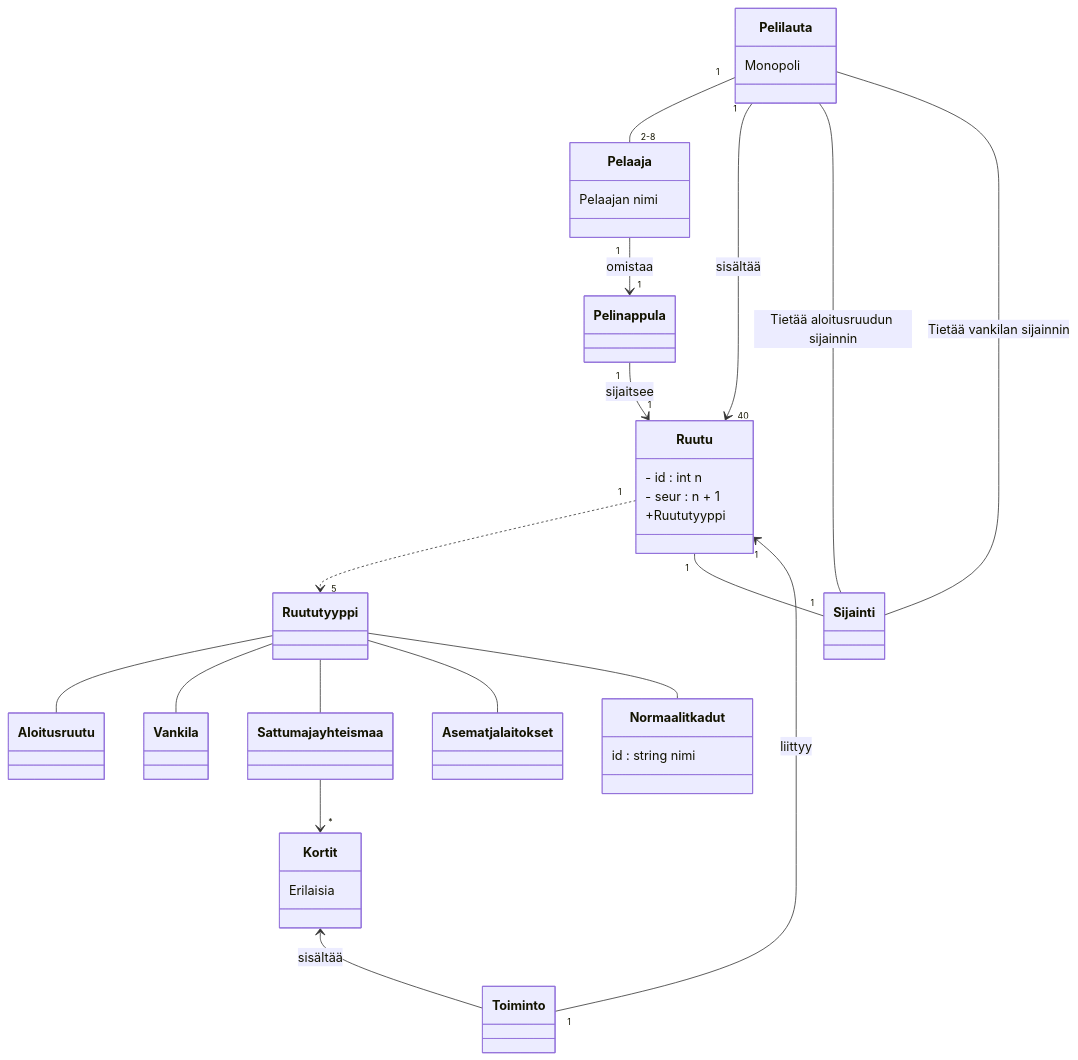
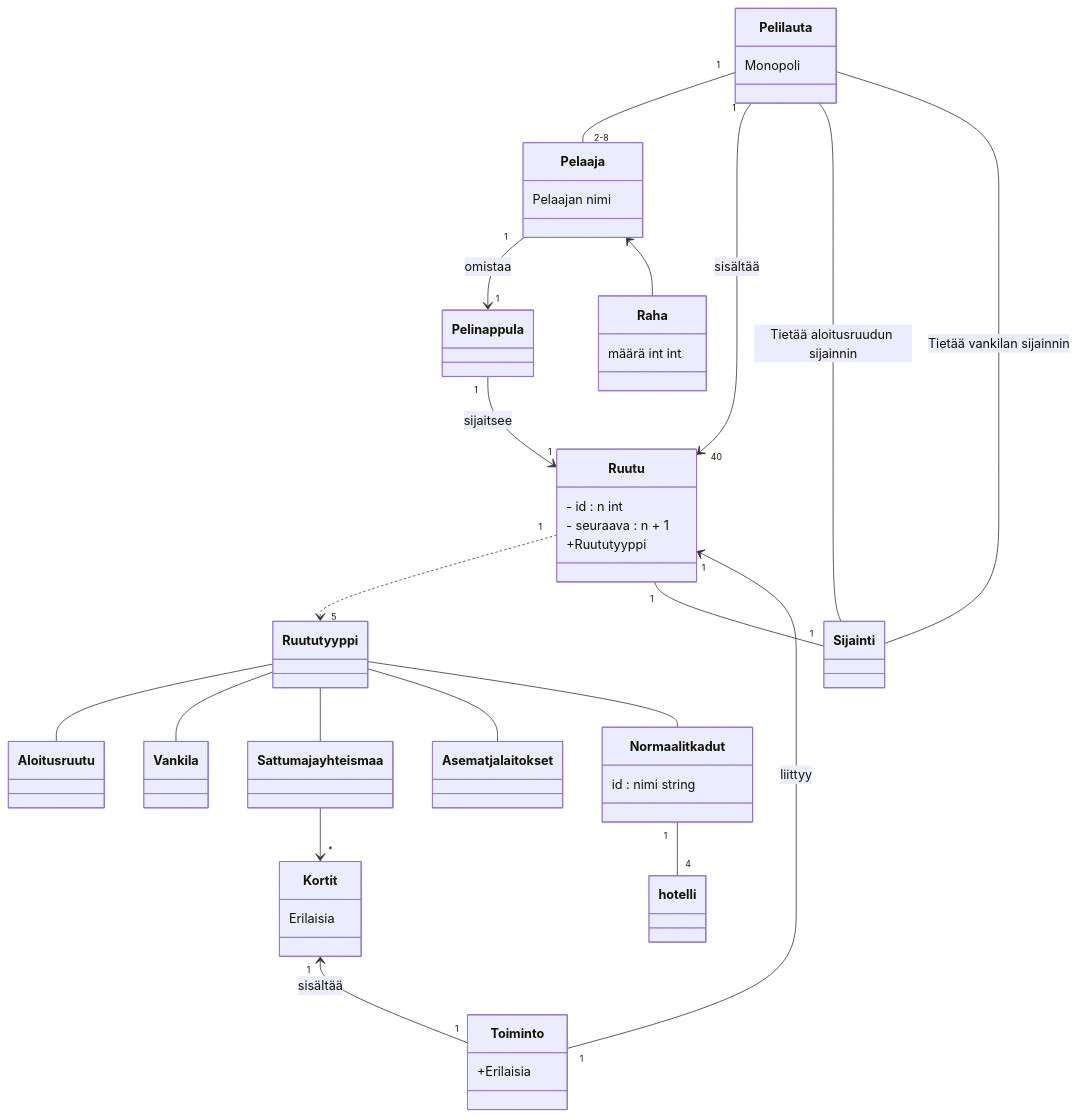
The diagram in laskarit/viikko3/monopoli.md (brotholi/ot-harjoitustyo), drawn with Mermaid before and after one commit.

````diff
--- a/laskarit/viikko3/monopoli.md
+++ b/laskarit/viikko3/monopoli.md
@@ -1,70 +1,78 @@
 ```mermaid
  classDiagram
     
     
     class Pelaaja {
         Pelaajan nimi
     }
 
     class Pelilauta {
      Monopoli 
     }
     
     
     class Ruutu {
-    - id : int n
-    - seur : n + 1
+    - id : n int
+    - seuraava : n + 1
      +Ruututyyppi 
     
     }
     
     
 
     class Normaalit kadut {
-    id : string nimi
+    id : nimi string
     }
          
     class Pelinappula {
     }
     
     class Toiminto {
-    
+    +Erilaisia
     }
     
     class Kortit {
     Erilaisia
     
+    }
+    
+    class Raha {
+    määrä int int
     }
     
 
     Pelilauta "1" -- "2-8" Pelaaja
 
     Pelaaja "1" --> "1" Pelinappula : omistaa
     Pelilauta "1" --> "40" Ruutu : sisältää
     Pelinappula "1" --> "1" Ruutu : sijaitsee
 
     Ruutu "1" ..> "5" Ruututyyppi 
     
     Ruututyyppi -- Aloitusruutu
     Ruututyyppi -- Vankila
     Ruututyyppi -- Sattuma ja yhteismaa
     Ruututyyppi -- Asemat ja laitokset
     Ruututyyppi -- Normaalit kadut
 
 
     Sattuma ja yhteismaa --> "*" Kortit
     
     Ruutu "1" -- "1" Sijainti
     
     Pelilauta -- Sijainti : Tietää aloitusruudun sijainnin
     Pelilauta -- Sijainti : Tietää vankilan sijainnin
     
     Ruutu "1" <-- "1" Toiminto : liittyy
     
-    Kortit <-- Toiminto : sisältää
+    Kortit "1" <-- "1" Toiminto : sisältää
+    
+    Pelaaja <-- Raha
+    
+    Normaalit kadut "1" -- "4" hotelli
     
     
 
 
     
 ```
````
